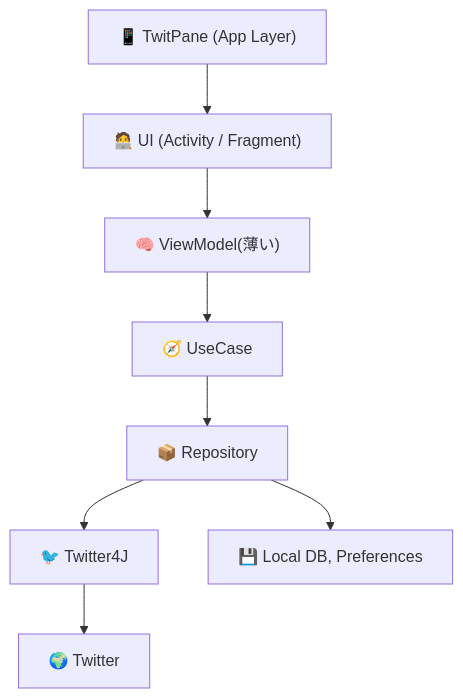
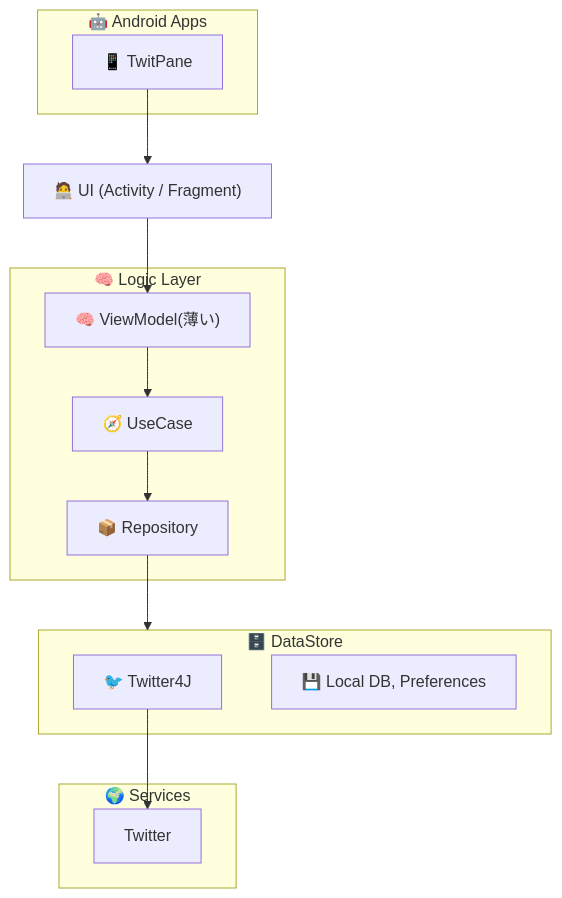
Before and after one commit to takke/mermaid_exam: the seventh of 7 diagrams in twitpane.md, drawn with Mermaid. The commit also changed other lines of this file, not shown here.

````diff
--- a/twitpane.md
+++ b/twitpane.md
@@ -312,15 +398,40 @@
 ```mermaid
 flowchart TD
-  APP["📱 TwitPane (App Layer)"]
+  %% Android Apps subgraph
+  subgraph AAP["🤖 Android Apps"]
+    APP["📱 TwitPane"]
+  end
+
+  %% UI Layer
   UI["🧑‍💻 UI (Activity / Fragment)"]
-  VM["🧠 ViewModel(薄い)"]
-  UC["🧭 UseCase"]
-  RP["📦 Repository"]
-  TW["🐦 Twitter4J"]
-  DB["💾 Local DB, Preferences"]
-  S_TW["🌍 Twitter"]
 
-  APP --> UI --> VM --> UC --> RP
-  RP --> TW --> S_TW
-  RP --> DB
+  %% Logic Layer subgraph
+  subgraph LG["🧠 Logic Layer"]
+    VM["🧠 ViewModel(薄い)"]
+    UC["🧭 UseCase"]
+    RP["📦 Repository"]
+  end
+
+  %% DataSource subgraph
+  subgraph DS["🗄️ DataStore"]
+    TW["🐦 Twitter4J"]
+    DB["💾 Local DB, Preferences"]
+  end
+
+  %% Service subgraph
+  subgraph SV["🌍 Services"]
+    S_TW["Twitter"]
+  end
+
+  %% App connections
+  APP --> UI
+
+  %% UI to Logic
+  UI --> VM --> UC --> RP
+
+  %% Repository to DataSources
+  RP --> DS
+
+  %% DataStore to Services
+  TW --> S_TW
 ```
````
